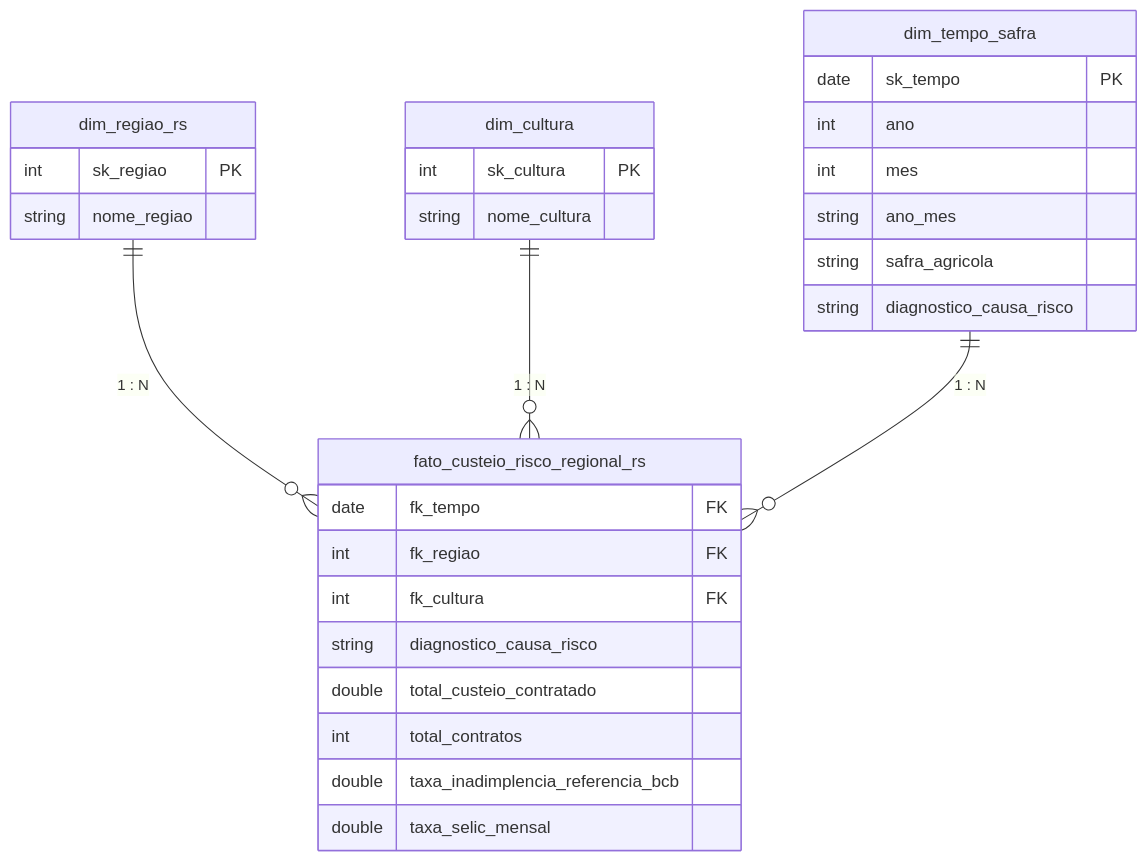
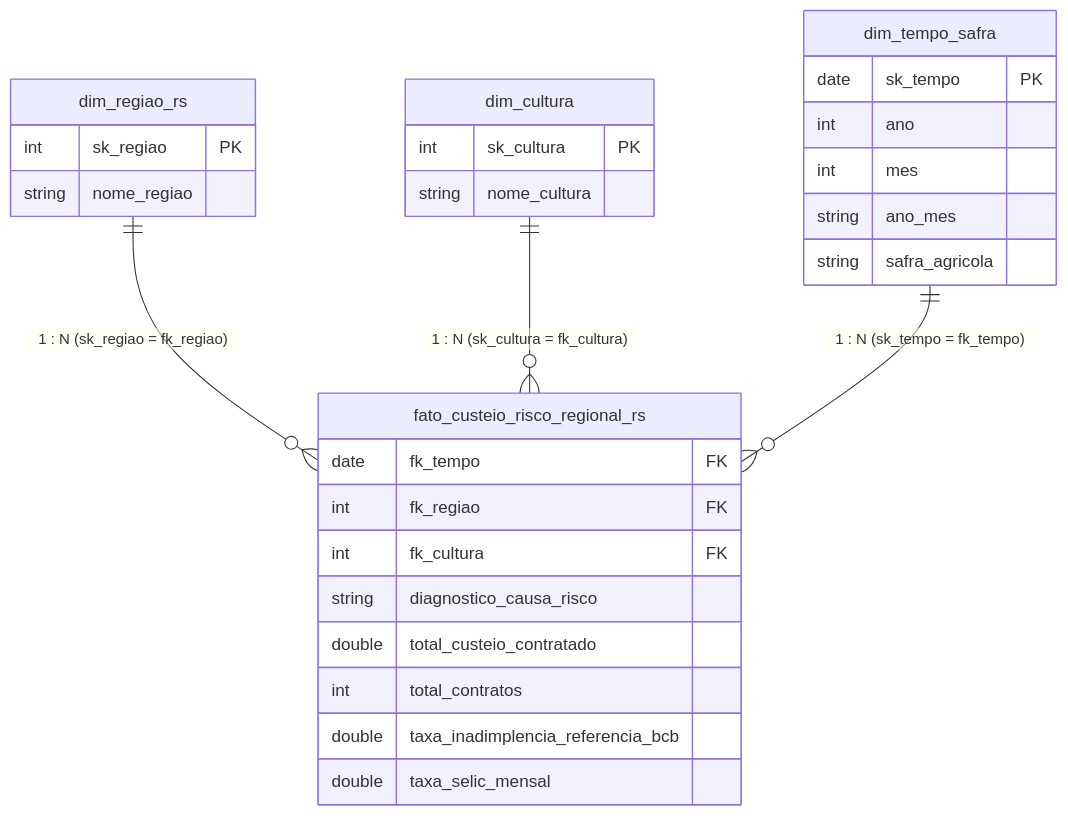
Before and after one commit to JoaoPierret/Projeto-Power-BI-DataBricks-: the diagram in README.md, drawn with Mermaid. The commit also changed other lines of this file and 2 other files, not shown here.

````diff
--- a/README.md
+++ b/README.md
@@ -41,36 +161,35 @@
 ```mermaid
 erDiagram
-    dim_regiao_rs ||--o{ fato_custeio_risco_regional_rs : "1 : N"
-    dim_cultura ||--o{ fato_custeio_risco_regional_rs : "1 : N"
-    dim_tempo_safra ||--o{ fato_custeio_risco_regional_rs : "1 : N"
+    dim_regiao_rs ||--o{ fato_custeio_risco_regional_rs : "1 : N (sk_regiao = fk_regiao)"
+    dim_cultura ||--o{ fato_custeio_risco_regional_rs : "1 : N (sk_cultura = fk_cultura)"
+    dim_tempo_safra ||--o{ fato_custeio_risco_regional_rs : "1 : N (sk_tempo = fk_tempo)"
 
     dim_regiao_rs {
         int sk_regiao PK
         string nome_regiao
     }
 
     dim_cultura {
         int sk_cultura PK
         string nome_cultura
     }
 
     dim_tempo_safra {
         date sk_tempo PK
         int ano
         int mes
         string ano_mes
         string safra_agricola
-        string diagnostico_causa_risco
     }
 
     fato_custeio_risco_regional_rs {
         date fk_tempo FK
         int fk_regiao FK
         int fk_cultura FK
         string diagnostico_causa_risco
         double total_custeio_contratado
         int total_contratos
         double taxa_inadimplencia_referencia_bcb
         double taxa_selic_mensal
     }
-```
+  ```
````
